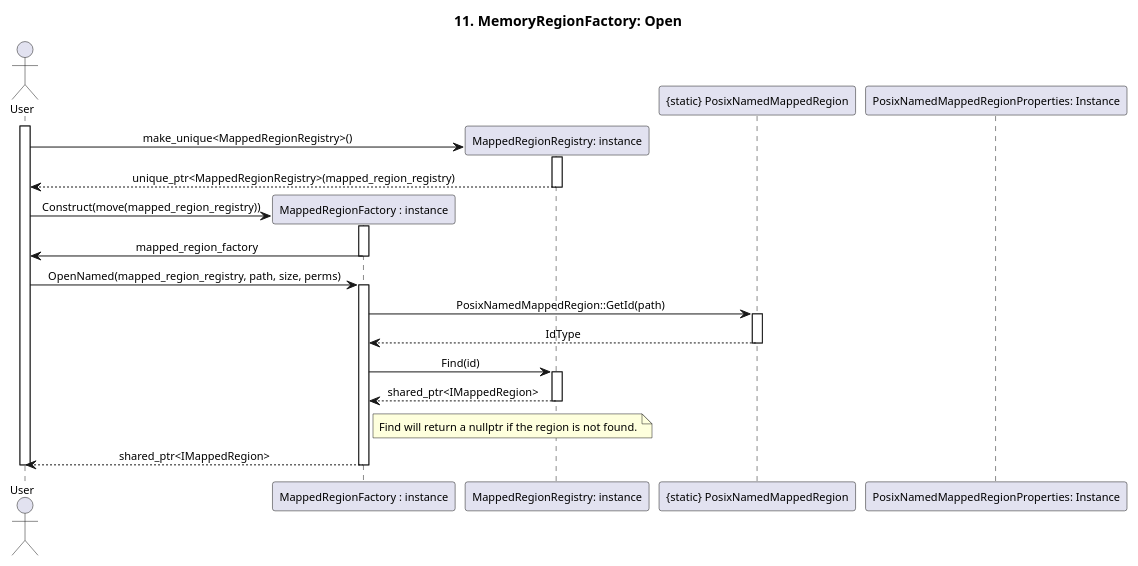
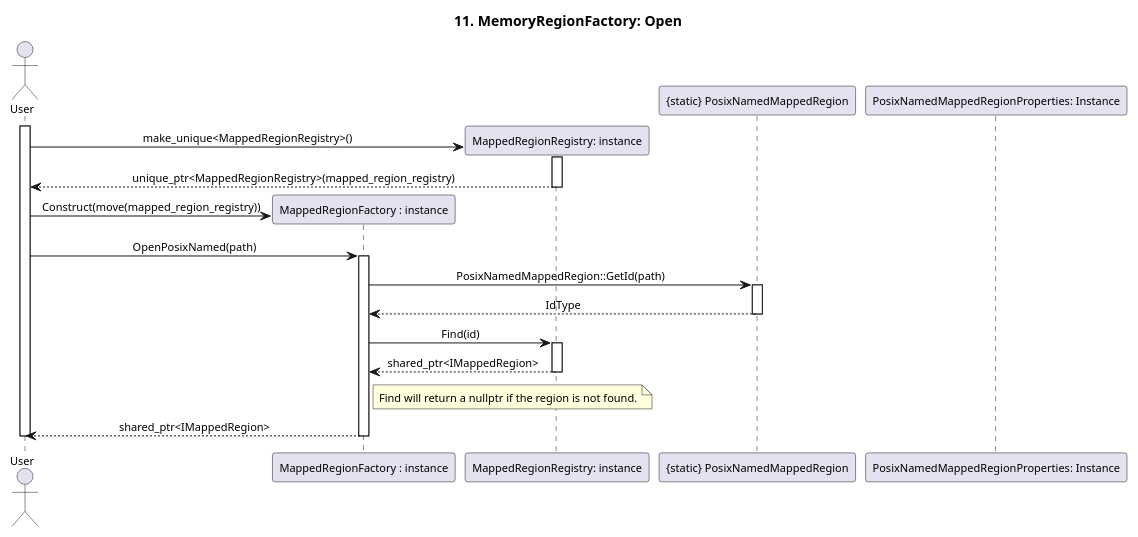
Before and after one commit to eclipse-score/communication: the diagram in score/memory/shared/design/redesign_proposal/assets/seq_11_mapped_region_factory_open.puml, drawn with PlantUML. The commit also changed 7 other files, not shown here.

Commit message:
Adapt sequences, class diagram and extended README.md

```diff
--- a/score/memory/shared/design/redesign_proposal/assets/seq_11_mapped_region_factory_open.puml
+++ b/score/memory/shared/design/redesign_proposal/assets/seq_11_mapped_region_factory_open.puml
@@ -1,55 +1,52 @@
 @startuml seq_11_mapped_region_factory_open
 title 11. MemoryRegionFactory: Open
 skinparam defaultFontSize 11
 skinparam sequenceMessageAlign center
 
 actor "User" as User
 participant "MappedRegionFactory : instance" as mapped_region_factory
 participant "MappedRegionRegistry: instance" as mapped_region_registry
 ' participant "IMappedRegionRegistry" as mapped_region_registry
 participant "{static} PosixNamedMappedRegion" as mapped_region
 participant "PosixNamedMappedRegionProperties: Instance" as posix_named_mapped_region_properties
 
 activate User
 
 Create mapped_region_registry
 User -> mapped_region_registry : make_unique<MappedRegionRegistry>()
 activate mapped_region_registry
 
 mapped_region_registry --> User : unique_ptr<MappedRegionRegistry>(mapped_region_registry)
 deactivate mapped_region_registry
 
 Create mapped_region_factory
 User -> mapped_region_factory : Construct(move(mapped_region_registry))
-activate mapped_region_factory
 
-mapped_region_factory -> User : mapped_region_factory
-deactivate mapped_region_factory
 
-User -> mapped_region_factory : OpenNamed(mapped_region_registry, path, size, perms)
+User -> mapped_region_factory : OpenPosixNamed(path)
 activate mapped_region_factory
 
 ' mapped_region_factory -> mapped_region_factory : CreateId(path)
 
 mapped_region_factory -> mapped_region : PosixNamedMappedRegion::GetId(path)
 activate mapped_region
 
 mapped_region --> mapped_region_factory : IdType
 deactivate mapped_region
 
 mapped_region_factory -> mapped_region_registry : Find(id)
 activate mapped_region_registry
 
 mapped_region_registry --> mapped_region_factory : shared_ptr<IMappedRegion>
 deactivate mapped_region_registry
 
 note right of mapped_region_factory
     Find will return a nullptr if the region is not found.
 end note
 
 mapped_region_factory --> User : shared_ptr<IMappedRegion>
     
 deactivate mapped_region_factory
 deactivate User
 
 @enduml
```
